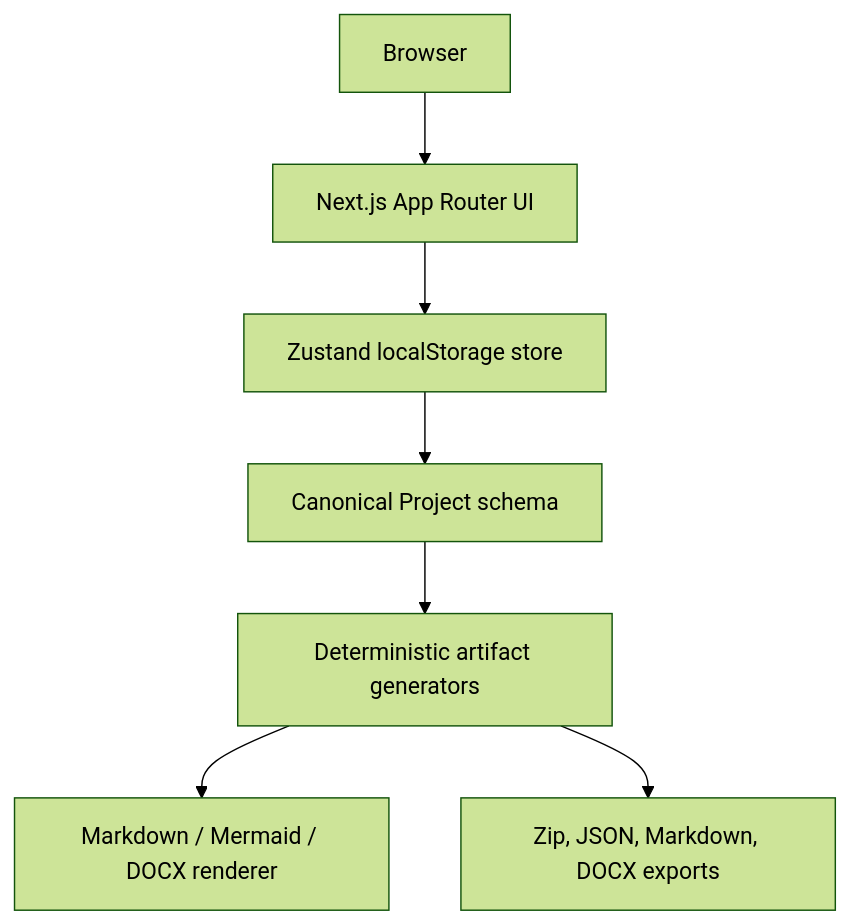
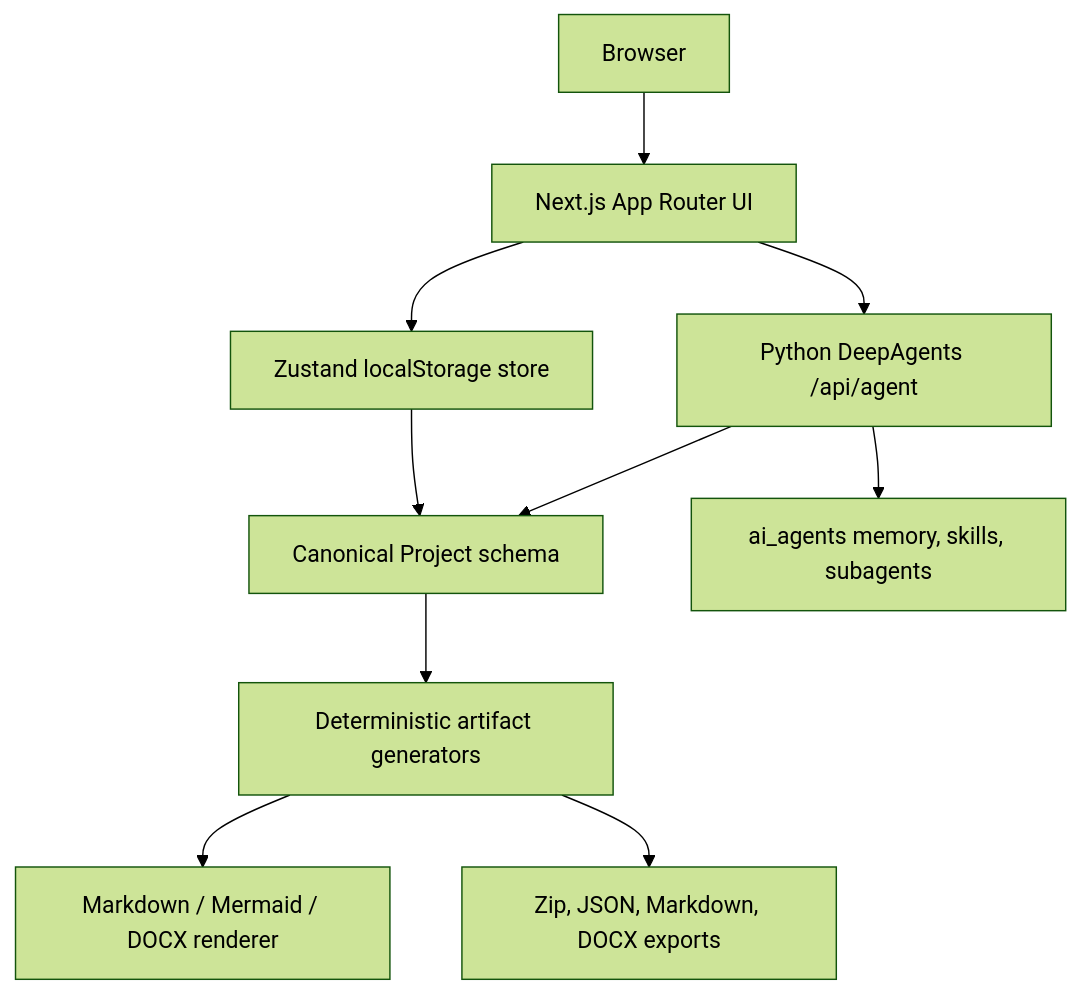
The second of 2 diagrams in README.md (Abby263/product-dev-blueprint), drawn with Mermaid (forest theme) before and after one commit. The commit also changed other lines of this file and 19 other files, not shown here.

Commit message:
Add Python DeepAgents blueprint agent

````diff
--- a/README.md
+++ b/README.md
@@ -163,17 +164,22 @@
 ```mermaid
 flowchart TB
   Browser["Browser"]
   UI["Next.js App Router UI"]
   Store["Zustand localStorage store"]
   Schema["Canonical Project schema"]
+  Agent["Python DeepAgents /api/agent"]
+  AgentFiles["ai_agents memory, skills, subagents"]
   Generators["Deterministic artifact generators"]
   Renderer["Markdown / Mermaid / DOCX renderer"]
   Exporter["Zip, JSON, Markdown, DOCX exports"]
 
   Browser --> UI
   UI --> Store
+  UI --> Agent
+  Agent --> AgentFiles
+  Agent --> Schema
   Store --> Schema
   Schema --> Generators
   Generators --> Renderer
   Generators --> Exporter
 ```
````
